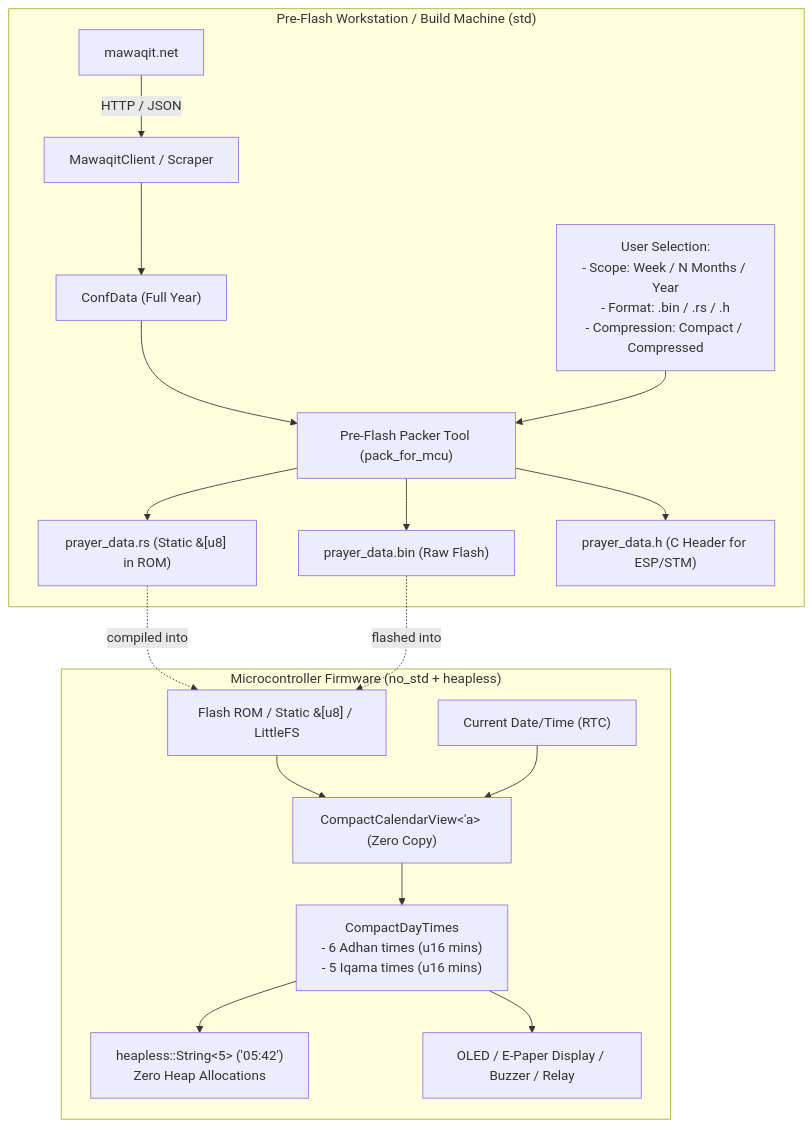
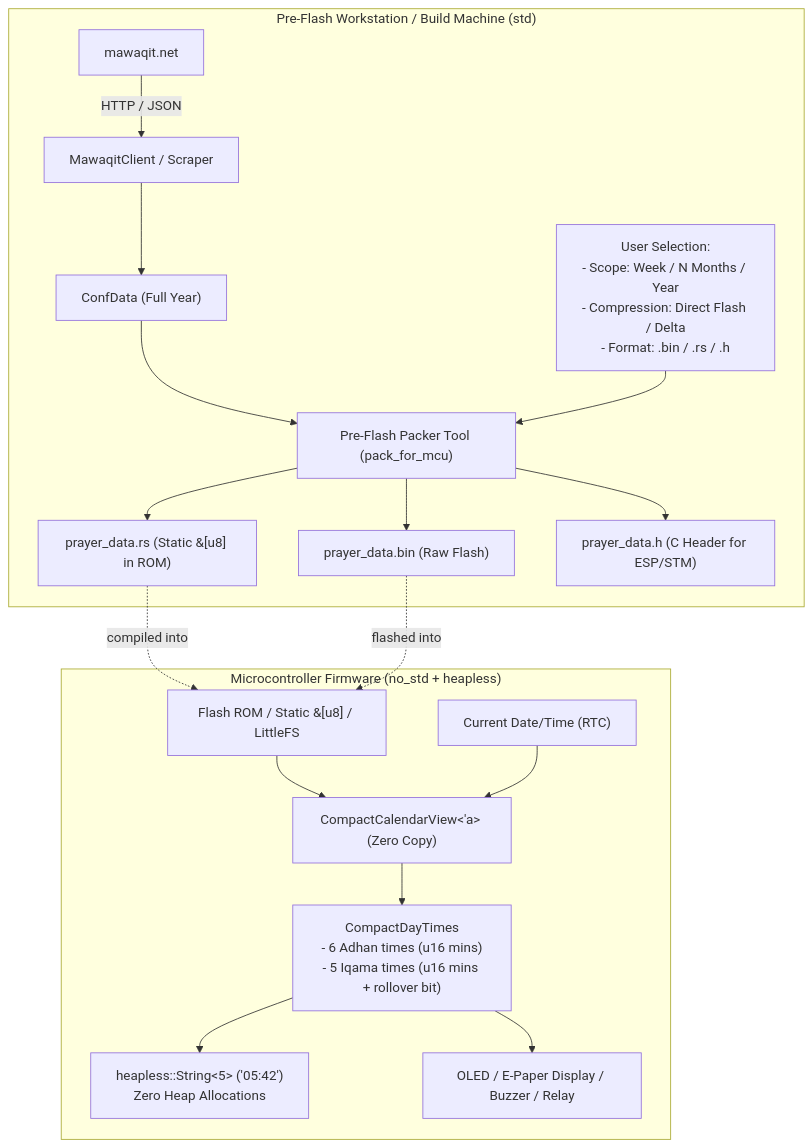
The diagram in docs/plans/no-std-mcu-support.md (Bilel-Eljaamii/mawaqit-api), drawn with Mermaid before and after one commit. The commit also changed other lines of this file and 3 other files, not shown here.

````diff
--- a/docs/plans/no-std-mcu-support.md
+++ b/docs/plans/no-std-mcu-support.md
@@ -19,23 +19,23 @@
 ```mermaid
 flowchart TD
     subgraph PreFlash["Pre-Flash Workstation / Build Machine (std)"]
         WebSite["mawaqit.net"] -->|HTTP / JSON| MWC["MawaqitClient / Scraper"]
         MWC --> ConfData["ConfData (Full Year)"]
         ConfData --> Packer["Pre-Flash Packer Tool (pack_for_mcu)"]
-        UserChoice["User Selection:\n- Scope: Week / N Months / Year\n- Format: .bin / .rs / .h\n- Compression: Compact / Compressed"] --> Packer
+        UserChoice["User Selection:\n- Scope: Week / N Months / Year\n- Compression: Direct Flash / Delta\n- Format: .bin / .rs / .h"] --> Packer
         Packer --> OutBin["prayer_data.bin (Raw Flash)"]
         Packer --> OutRs["prayer_data.rs (Static &[u8] in ROM)"]
         Packer --> OutH["prayer_data.h (C Header for ESP/STM)"]
     end
 
     subgraph MCU["Microcontroller Firmware (no_std + heapless)"]
         FlashROM["Flash ROM / Static &[u8] / LittleFS"]
         OutRs -.->|compiled into| FlashROM
         OutBin -.->|flashed into| FlashROM
         FlashROM --> CompactView["CompactCalendarView<'a> (Zero Copy)"]
         RTC["Current Date/Time (RTC)"] --> CompactView
-        CompactView --> Today["CompactDayTimes\n- 6 Adhan times (u16 mins)\n- 5 Iqama times (u16 mins)"]
+        CompactView --> Today["CompactDayTimes\n- 6 Adhan times (u16 mins)\n- 5 Iqama times (u16 mins + rollover bit)"]
         Today --> Str["heapless::String<5> ('05:42')\nZero Heap Allocations"]
         Today --> Display["OLED / E-Paper Display / Buzzer / Relay"]
     end
 ```
````
